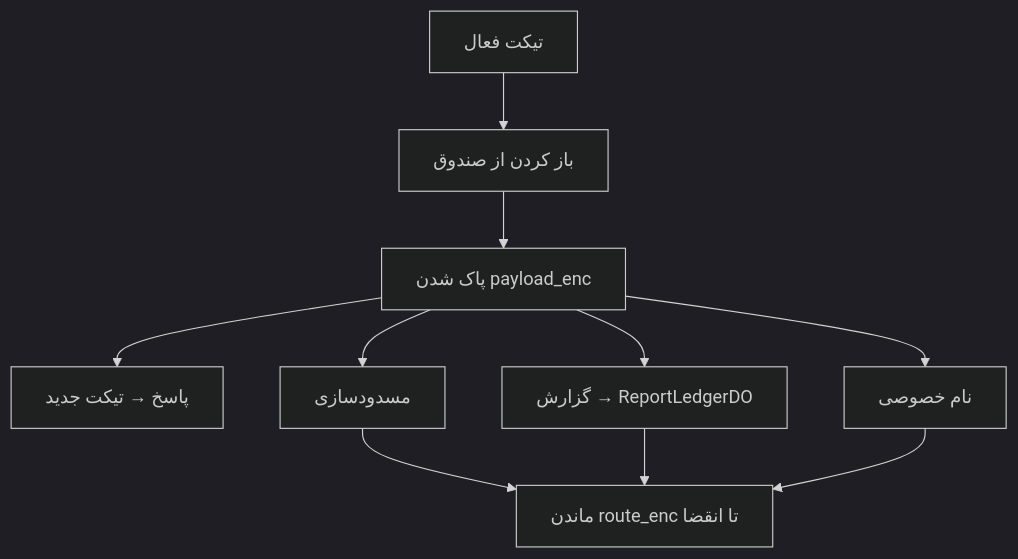
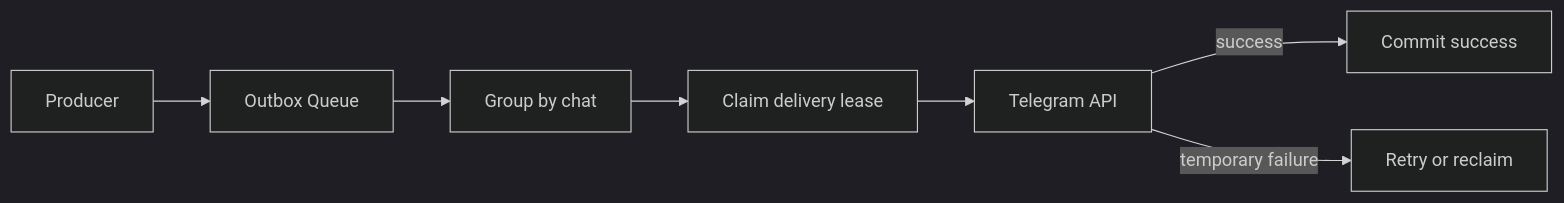
One commit to mohetios/mohetios.dev changed the fourth of 5 diagrams in content/fa/lab/nekonymous-anonymous-messaging-technical-lab.md. Above: the diagram before and after it, drawn with Mermaid (dark theme). The commit also changed other lines of this file and 2 other files, not shown here.

````diff
--- a/content/fa/lab/nekonymous-anonymous-messaging-technical-lab.md
+++ b/content/fa/lab/nekonymous-anonymous-messaging-technical-lab.md
@@ -268,12 +879,9 @@
 ```mermaid
-flowchart TD
-  Pending[تیکت فعال] --> Open[باز کردن از صندوق]
-  Open --> Delivered[پاک شدن payload_enc]
-  Delivered --> Reply[پاسخ → تیکت جدید]
-  Delivered --> Block[مسدودسازی]
-  Delivered --> Report[گزارش → ReportLedgerDO]
-  Delivered --> Nickname[نام خصوصی]
-  Block --> RouteKept[ماندن route_enc تا انقضا]
-  Report --> RouteKept
-  Nickname --> RouteKept
+flowchart LR
+  P[Producer] --> Q[Outbox Queue]
+  Q --> C[Group by chat]
+  C --> L[Claim delivery lease]
+  L --> T[Telegram API]
+  T -->|success| S[Commit success]
+  T -->|temporary failure| R[Retry or reclaim]
 ```
````
